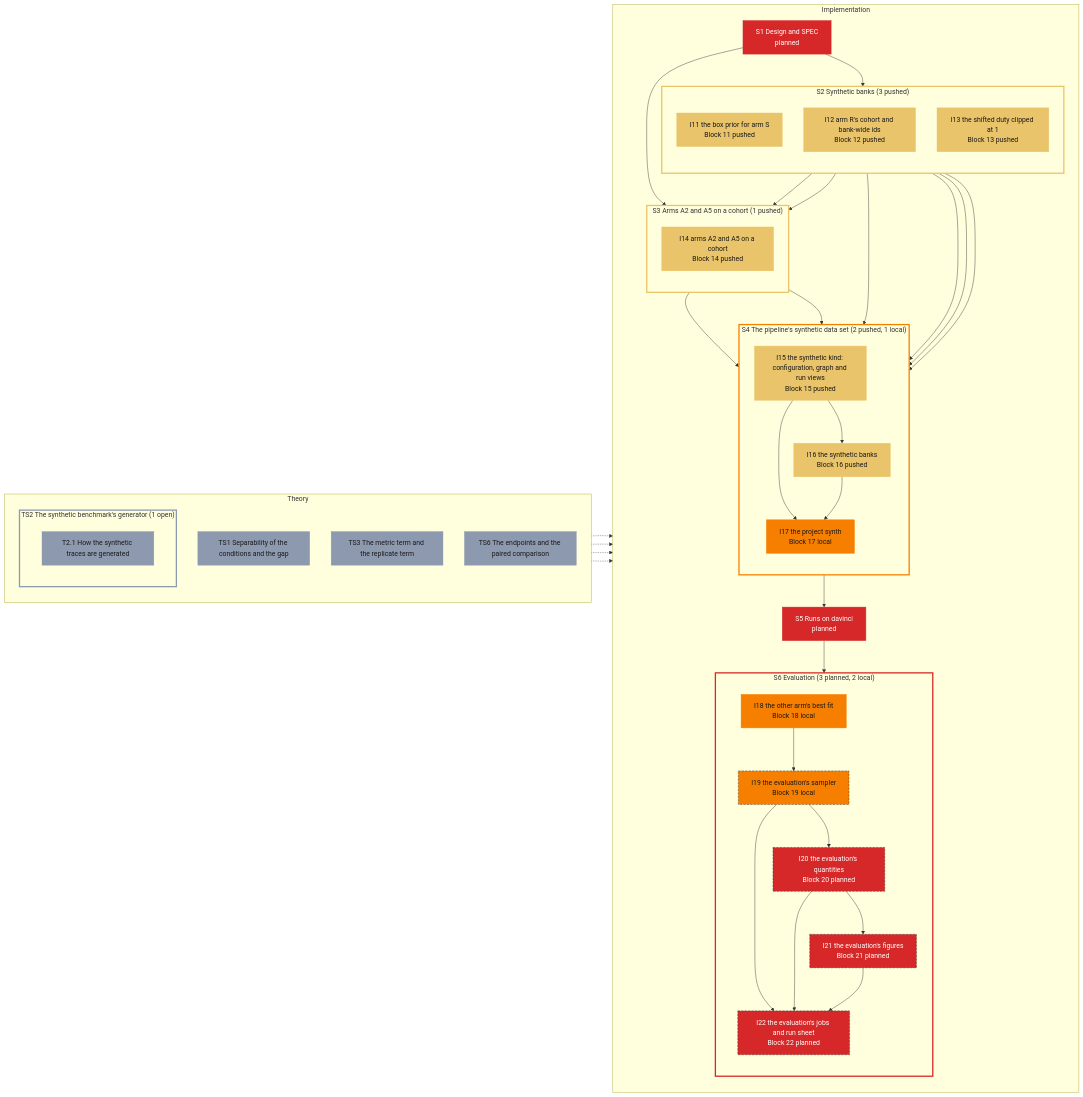
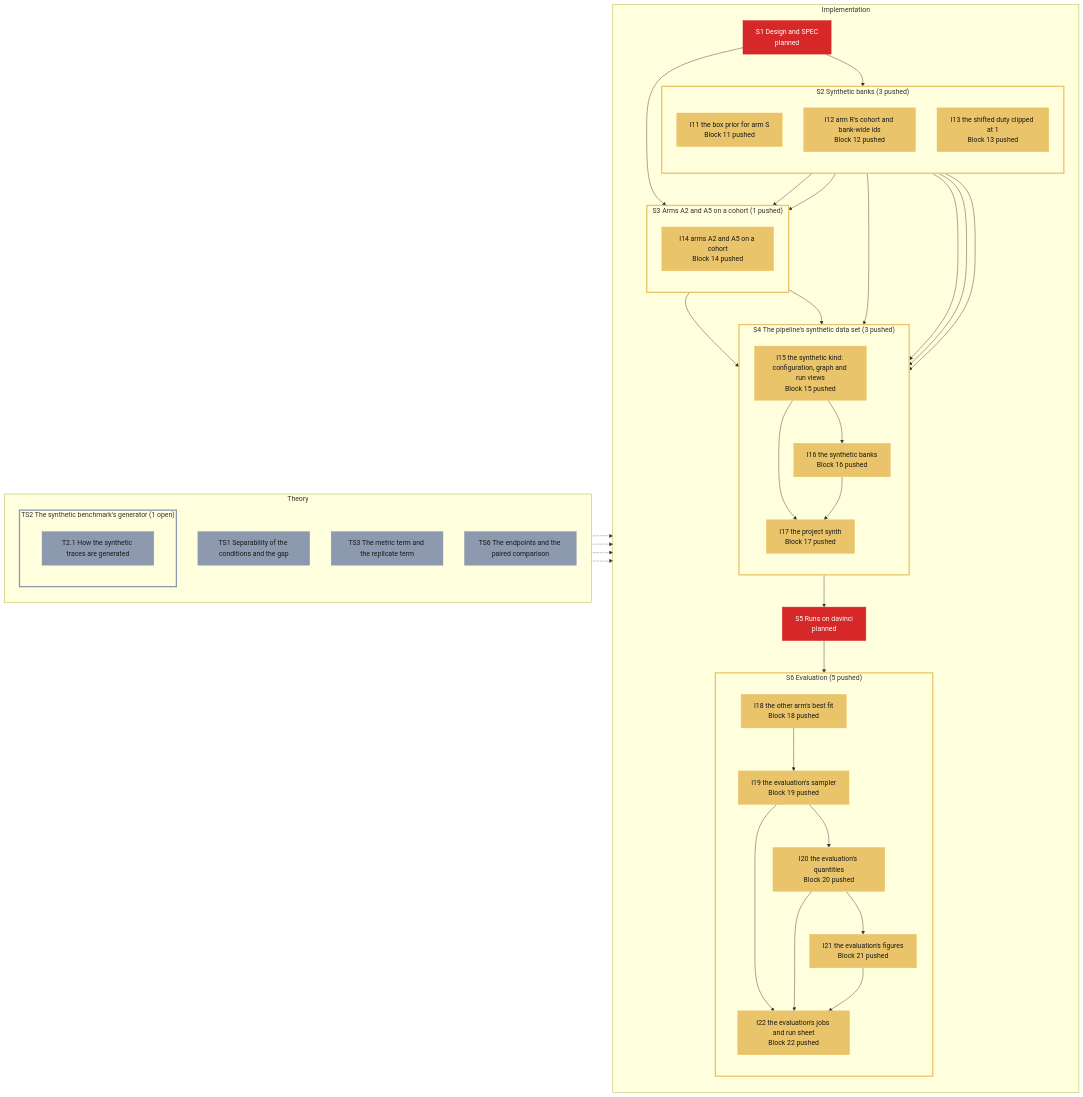
The diagram in specs/roadmap/synth.md (Leonardodm00/Simulation-Based-Inference), drawn with Mermaid before and after one commit. The commit also changed other lines of this file, not shown here.

Commit message:
roadmap: synth rendered (blocks 20, 21 and 22 part 2 pushed)
Claude-Session: https://claude.ai/code/session_015FuK9zUnAx2bAGmAbFphw4

````diff
--- a/specs/roadmap/synth.md
+++ b/specs/roadmap/synth.md
@@ -39,20 +39,20 @@
             direction TB
             I14["I14 arms A2 and A5 on a cohort<br/>Block 14 pushed"]:::pushed
         end
-        subgraph grp_S4["S4 The pipeline's synthetic data set (2 pushed, 1 local)"]
+        subgraph grp_S4["S4 The pipeline's synthetic data set (3 pushed)"]
             direction TB
             I15["I15 the synthetic kind: configuration, graph and run views<br/>Block 15 pushed"]:::pushed
             I16["I16 the synthetic banks<br/>Block 16 pushed"]:::pushed
-            I17["I17 the project synth<br/>Block 17 local"]:::local
+            I17["I17 the project synth<br/>Block 17 pushed"]:::pushed
         end
         S5["S5 Runs on davinci<br/>planned"]:::planned
-        subgraph grp_S6["S6 Evaluation (3 planned, 2 local)"]
+        subgraph grp_S6["S6 Evaluation (5 pushed)"]
             direction TB
-            I18["I18 the other arm's best fit<br/>Block 18 local"]:::local
-            I19["I19 the evaluation's sampler<br/>Block 19 local"]:::local
-            I20["I20 the evaluation's quantities<br/>Block 20 planned"]:::planned
-            I21["I21 the evaluation's figures<br/>Block 21 planned"]:::planned
-            I22["I22 the evaluation's jobs and run sheet<br/>Block 22 planned"]:::planned
+            I18["I18 the other arm's best fit<br/>Block 18 pushed"]:::pushed
+            I19["I19 the evaluation's sampler<br/>Block 19 pushed"]:::pushed
+            I20["I20 the evaluation's quantities<br/>Block 20 pushed"]:::pushed
+            I21["I21 the evaluation's figures<br/>Block 21 pushed"]:::pushed
+            I22["I22 the evaluation's jobs and run sheet<br/>Block 22 pushed"]:::pushed
         end
         S1 --> grp_S2
         S1 --> grp_S3
@@ -80,10 +80,9 @@
     grp_TS2 -.-> grp_S2
     TS3 -.-> grp_S3
     TS6 -.-> grp_S6
-    class I19,I20,I21,I22 blocked
     style grp_TS2 stroke:#8d99ae,stroke-width:3px
     style grp_S2 stroke:#e9c46a,stroke-width:3px
     style grp_S3 stroke:#e9c46a,stroke-width:3px
-    style grp_S4 stroke:#f77f00,stroke-width:3px
-    style grp_S6 stroke:#d62828,stroke-width:3px
+    style grp_S4 stroke:#e9c46a,stroke-width:3px
+    style grp_S6 stroke:#e9c46a,stroke-width:3px
 ```
````
